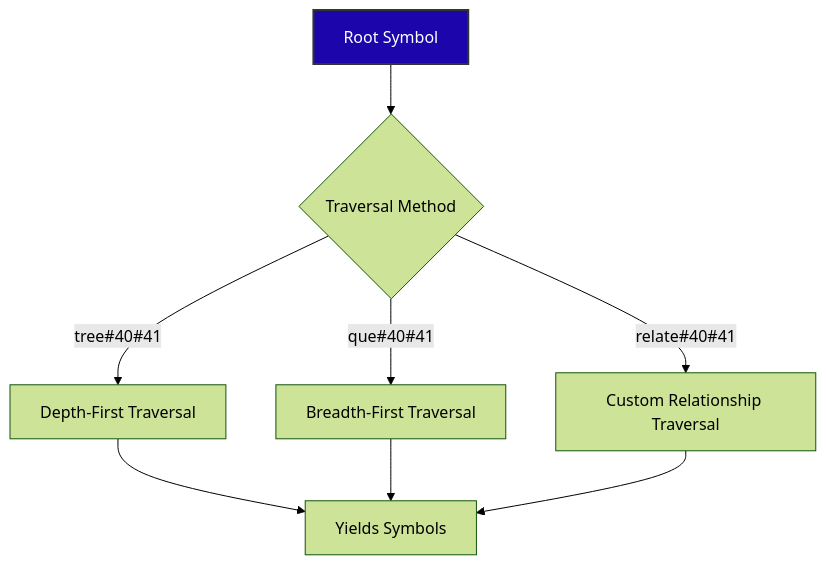
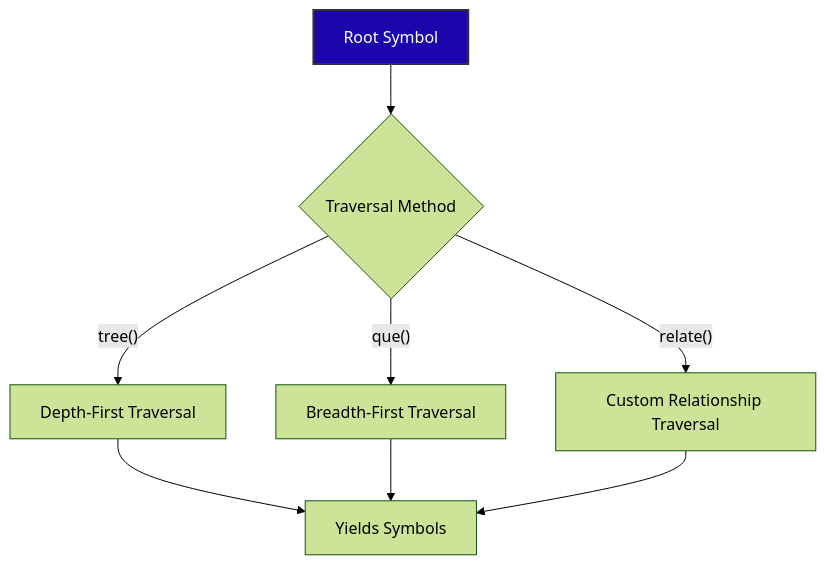
One commit to ikko/sym changed the fourth of 13 diagrams in docs/readme_details/8_api_highlights/index.md. Above: the diagram before and after it, drawn with Mermaid (forest theme). The commit also changed other lines of this file and 17 other files, not shown here.

````diff
--- a/docs/readme_details/8_api_highlights/index.md
+++ b/docs/readme_details/8_api_highlights/index.md
@@ -158,14 +158,14 @@
 ```mermaid
 graph TD
     A[Root Symbol] --> B{Traversal Method};
-    B -- "tree#40#41" --> C[Depth-First Traversal];
-    B -- "que#40#41" --> D[Breadth-First Traversal];
-    B -- "relate#40#41" --> E[Custom Relationship Traversal];
+    B -- "tree#40;#41;" --> C[Depth-First Traversal];
+    B -- "que#40;#41;" --> D[Breadth-First Traversal];
+    B -- "relate#40;#41;" --> E[Custom Relationship Traversal];
     C --> F[Yields Symbols];
     D --> F;
     E --> F;
 
     style A fill:#1c06ab,stroke:#333,stroke-width:2px,color:#FFFFFF;
 
     style A fill:#1c06ab,stroke:#333,stroke-width:2px,color:#FFFFFF;
 ```
````
